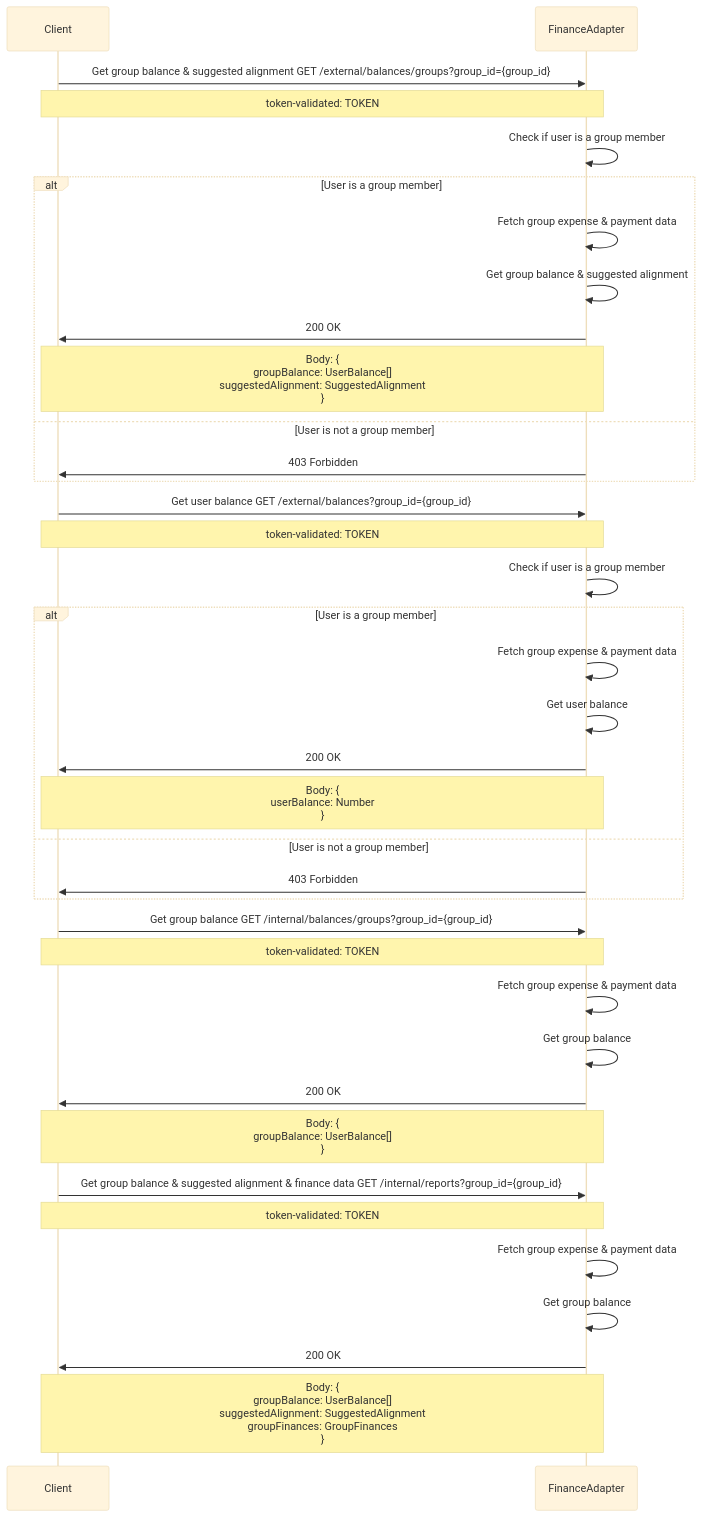
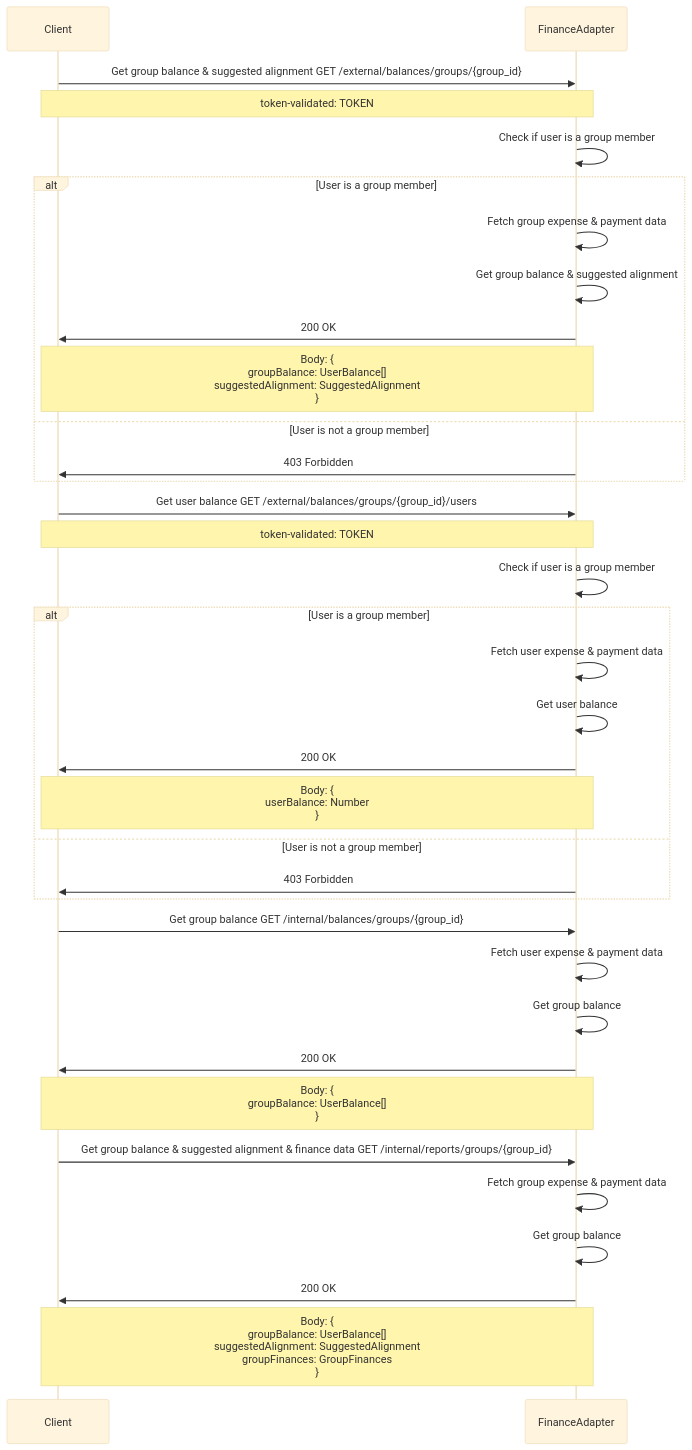
Diagram 12 of 18 in docs/contracts.md (Group-Expense-Manager/gem-docs), drawn with Mermaid (base theme) before and after one commit. The commit also changed other lines of this file, not shown here.

````diff
--- a/docs/contracts.md
+++ b/docs/contracts.md
@@ -660,49 +667,47 @@
 ```mermaid
 sequenceDiagram
     participant Client
     participant FinanceAdapter
     
-    Client->>FinanceAdapter: Get group balance & suggested alignment GET /external/balances/groups?group_id={group_id}
+    Client->>FinanceAdapter: Get group balance & suggested alignment GET /external/balances/groups/{group_id}
     Note over Client,FinanceAdapter: token-validated: TOKEN
     FinanceAdapter->>FinanceAdapter: Check if user is a group member
     alt User is a group member
         FinanceAdapter->>FinanceAdapter: Fetch group expense & payment data
         FinanceAdapter->>FinanceAdapter: Get group balance & suggested alignment
         FinanceAdapter->>Client: 200 OK
         Note over FinanceAdapter,Client: Body: { <br> groupBalance: UserBalance[] <br> suggestedAlignment: SuggestedAlignment <br> }
 
     else User is not a group member
         FinanceAdapter->>Client: 403 Forbidden
     end
 
 
-    Client->>FinanceAdapter: Get user balance GET /external/balances?group_id={group_id}
+    Client->>FinanceAdapter: Get user balance GET /external/balances/groups/{group_id}/users
     Note over Client,FinanceAdapter: token-validated: TOKEN
     FinanceAdapter->>FinanceAdapter: Check if user is a group member
     alt User is a group member
-        FinanceAdapter->>FinanceAdapter: Fetch group expense & payment data
+        FinanceAdapter->>FinanceAdapter: Fetch user expense & payment data
         FinanceAdapter->>FinanceAdapter: Get user balance
         FinanceAdapter->>Client: 200 OK
         Note over FinanceAdapter,Client: Body: { <br> userBalance: Number <br> }
     else User is not a group member
         FinanceAdapter->>Client: 403 Forbidden
     end
     
-    Client->>FinanceAdapter: Get group balance GET /internal/balances/groups?group_id={group_id}
-    Note over Client,FinanceAdapter: token-validated: TOKEN
-    FinanceAdapter->>FinanceAdapter: Fetch group expense & payment data
+    Client->>FinanceAdapter: Get group balance GET /internal/balances/groups/{group_id}
+    FinanceAdapter->>FinanceAdapter: Fetch user expense & payment data
     FinanceAdapter->>FinanceAdapter: Get group balance
     FinanceAdapter->>Client: 200 OK
     Note over FinanceAdapter,Client: Body: { <br> groupBalance: UserBalance[] <br> }
 
 
 
-    Client->>FinanceAdapter: Get group balance  & suggested alignment & finance data GET /internal/reports?group_id={group_id}
-    Note over Client,FinanceAdapter: token-validated: TOKEN
+    Client->>FinanceAdapter: Get group balance  & suggested alignment & finance data GET /internal/reports/groups/{group_id}
     FinanceAdapter->>FinanceAdapter: Fetch group expense & payment data
     FinanceAdapter->>FinanceAdapter: Get group balance
     FinanceAdapter->>Client: 200 OK
     Note over FinanceAdapter,Client: Body: { <br> groupBalance: UserBalance[] <br> suggestedAlignment: SuggestedAlignment<br> groupFinances: GroupFinances <br> }
 
 
 ```
````
